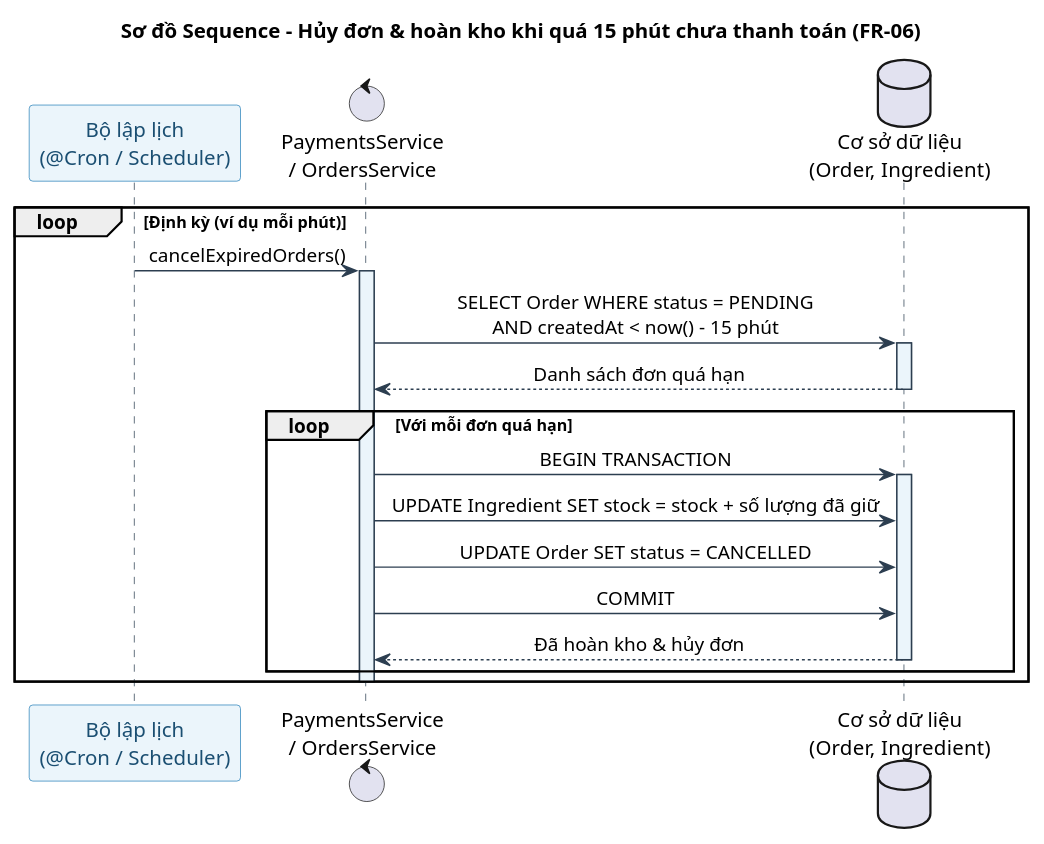
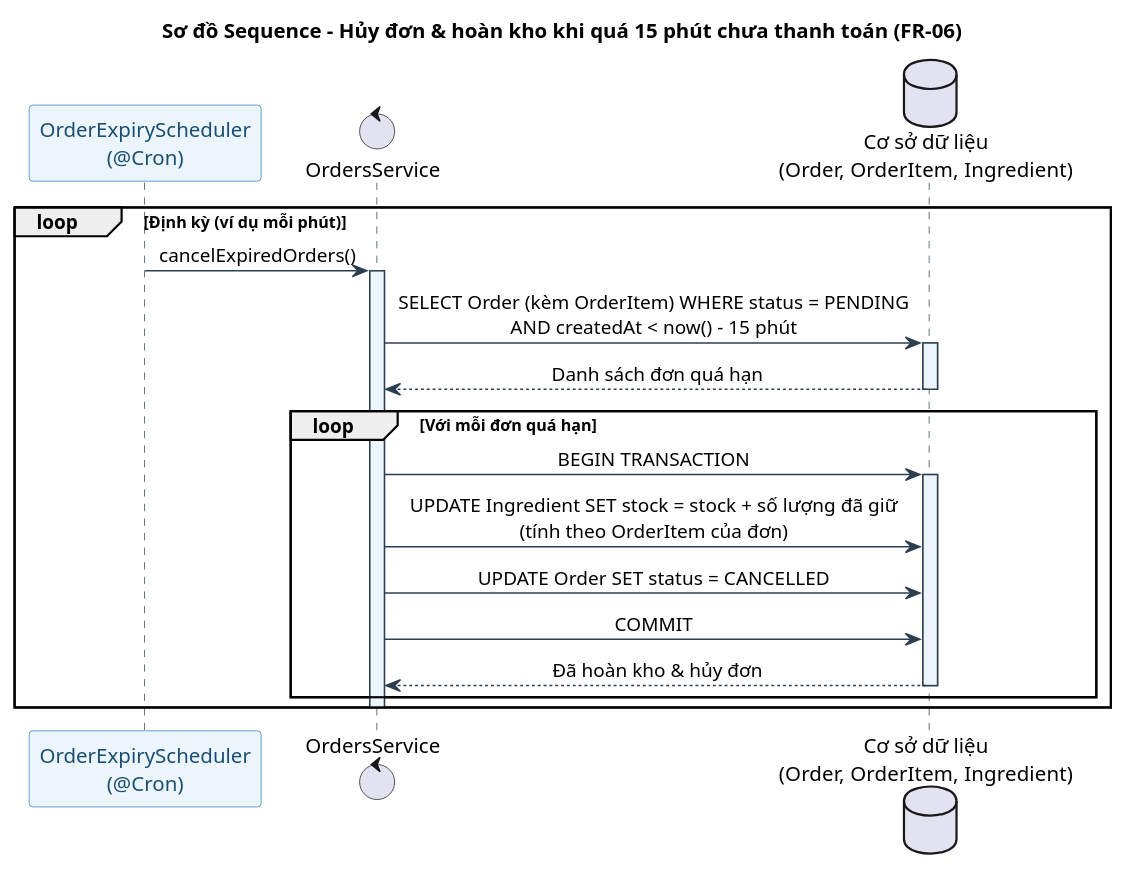
Before and after one commit to Phuc280106/BrewLite2: the diagram in docs/diagrams/payment/sequence-payment-timeout.puml, drawn with PlantUML. The commit also changed 7 other files, not shown here.

```diff
--- a/docs/diagrams/payment/sequence-payment-timeout.puml
+++ b/docs/diagrams/payment/sequence-payment-timeout.puml
@@ -1,41 +1,41 @@
 @startuml
 title Sơ đồ Sequence - Hủy đơn & hoàn kho khi quá 15 phút chưa thanh toán (FR-06)
 
 skinparam backgroundColor white
 skinparam sequence {
     ArrowColor #2C3E50
     LifeLineBorderColor #2C3E50
     LifeLineBorderThickness 1.5
     LifeLineBackgroundColor #EBF5FB
     ParticipantBorderColor #2980B9
     ParticipantBackgroundColor #EBF5FB
     ParticipantFontColor #1B4F72
     MessageAlign center
     ResponseMessageBelowArrow true
 }
 
-participant "Bộ lập lịch\n(@Cron / Scheduler)" as Scheduler
-control "PaymentsService\n/ OrdersService" as Service
-database "Cơ sở dữ liệu\n(Order, Ingredient)" as DB
+participant "OrderExpiryScheduler\n(@Cron)" as Scheduler
+control "OrdersService" as Service
+database "Cơ sở dữ liệu\n(Order, OrderItem, Ingredient)" as DB
 
 loop Định kỳ (ví dụ mỗi phút)
     Scheduler -> Service : cancelExpiredOrders()
     activate Service
-    Service -> DB : SELECT Order WHERE status = PENDING\nAND createdAt < now() - 15 phút
+    Service -> DB : SELECT Order (kèm OrderItem) WHERE status = PENDING\nAND createdAt < now() - 15 phút
     activate DB
     DB --> Service : Danh sách đơn quá hạn
     deactivate DB
 
     loop Với mỗi đơn quá hạn
         Service -> DB : BEGIN TRANSACTION
         activate DB
-        Service -> DB : UPDATE Ingredient SET stock = stock + số lượng đã giữ
+        Service -> DB : UPDATE Ingredient SET stock = stock + số lượng đã giữ\n(tính theo OrderItem của đơn)
         Service -> DB : UPDATE Order SET status = CANCELLED
         Service -> DB : COMMIT
         DB --> Service : Đã hoàn kho & hủy đơn
         deactivate DB
     end
     deactivate Service
 end
 
 @enduml
```
